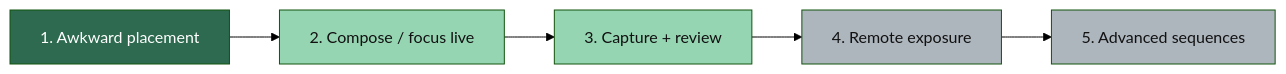
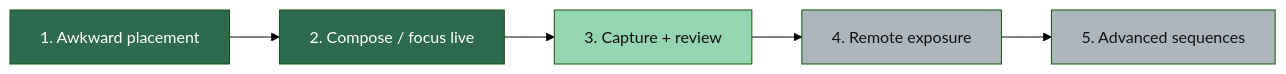
The second of 2 diagrams in docs/PRODUCT.md (cjlawson02/5dcontrol), drawn with Mermaid (forest theme) before and after one commit. The commit also changed other lines of this file and 34 other files, not shown here.

````diff
--- a/docs/PRODUCT.md
+++ b/docs/PRODUCT.md
@@ -50,13 +50,13 @@
 ```mermaid
 flowchart LR
   J1["1. Awkward placement"] --> J2["2. Compose / focus live"]
   J2 --> J3["3. Capture + review"]
   J3 --> J4["4. Remote exposure"]
   J4 --> J5["5. Advanced sequences"]
 
   style J1 fill:#2d6a4f,color:#fff
-  style J2 fill:#95d5b2,color:#111
+  style J2 fill:#2d6a4f,color:#fff
   style J3 fill:#95d5b2,color:#111
   style J4 fill:#adb5bd,color:#111
   style J5 fill:#adb5bd,color:#111
 ```
````
